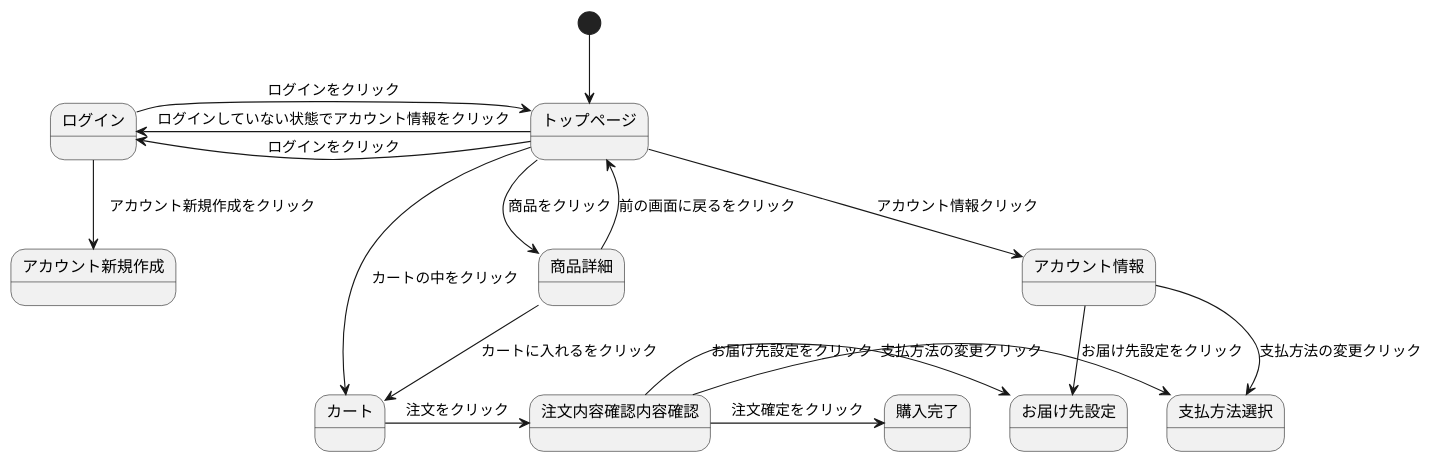
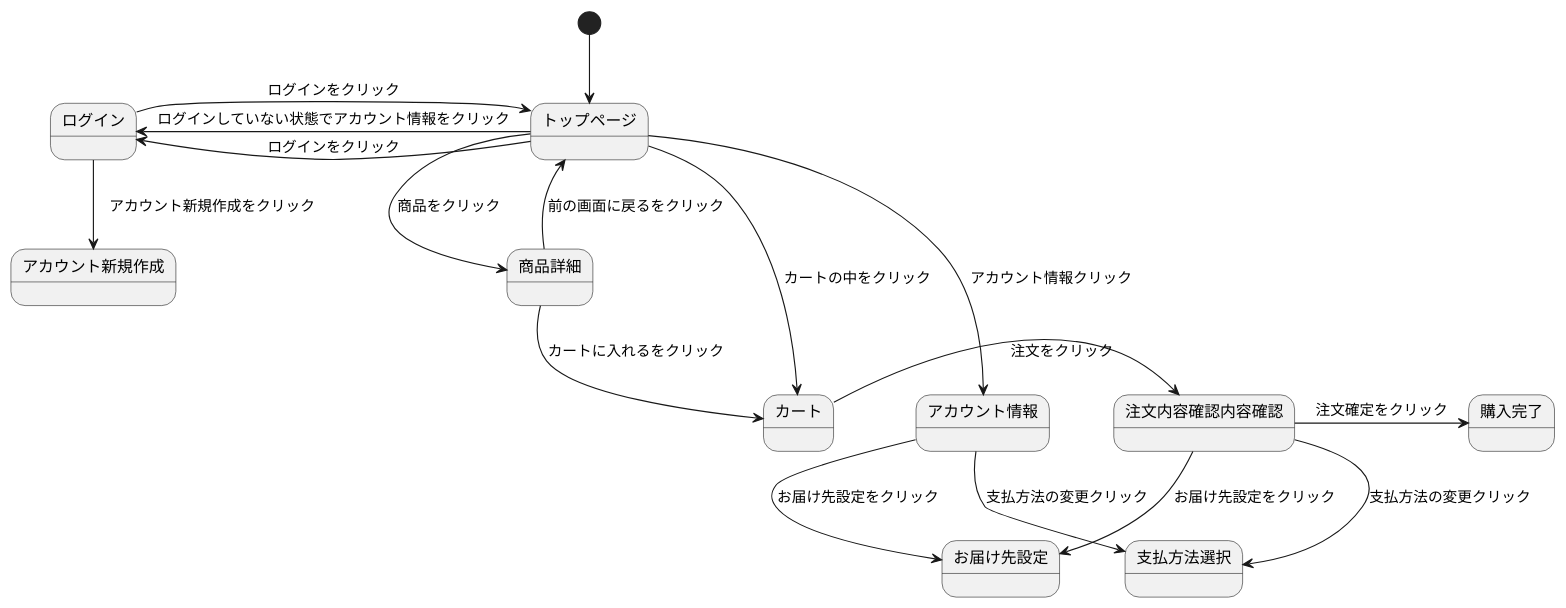
Before and after one commit to Aso2001133/2021sys-design: the diagram in sumple_01.md, drawn with PlantUML.

````diff
--- a/sumple_01.md
+++ b/sumple_01.md
@@ -1,35 +1,35 @@
 ```uml
 @startuml
 [*] --> トップページ 
 
 トップページ -> アカウント情報 : アカウント情報クリック 
 
 トップページ -left-> ログイン : ログインをクリック
 
 トップページ -left-> ログイン : ログインしていない状態でアカウント情報をクリック
 
 トップページ --> 商品詳細 : 商品をクリック 
 
 トップページ --> カート : カートの中をクリック 
 
 ログイン -> トップページ : ログインをクリック
 
 ログイン --> アカウント新規作成 :　アカウント新規作成をクリック
 
 アカウント情報 --> お届け先設定 : お届け先設定をクリック 
 
 アカウント情報 --> 支払方法選択 : 支払方法の変更クリック
 
 商品詳細 --> カート : カートに入れるをクリック 
 
 商品詳細 --> トップページ : 前の画面に戻るをクリック 
 
 カート -> 注文内容確認内容確認 : 注文をクリック 
 
-注文内容確認内容確認 -> お届け先設定 : お届け先設定をクリック 
+注文内容確認内容確認 --> お届け先設定 : お届け先設定をクリック 
 
-注文内容確認内容確認 -> 支払方法選択 : 支払方法の変更クリック
+注文内容確認内容確認 --> 支払方法選択 : 支払方法の変更クリック
 
 注文内容確認内容確認 -> 購入完了 : 注文確定をクリック 
 @enduml
 ```
````
